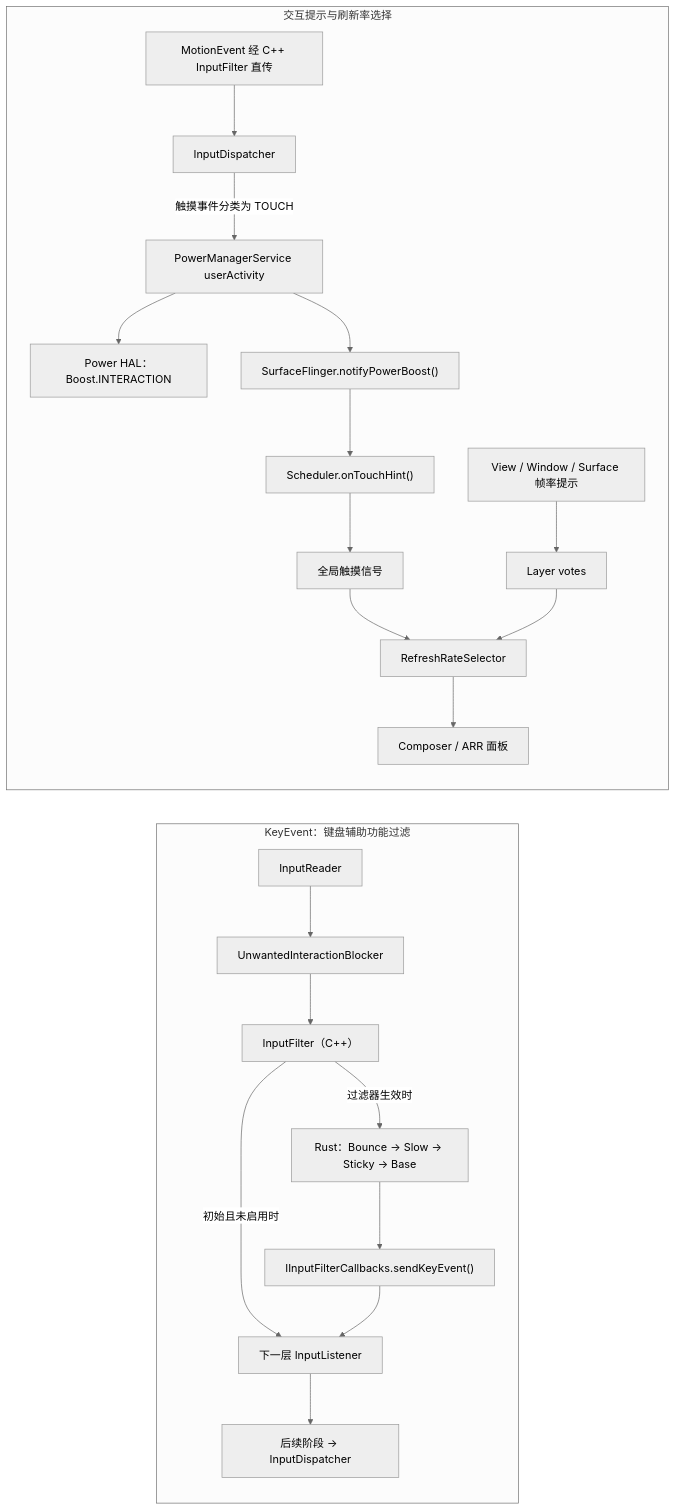
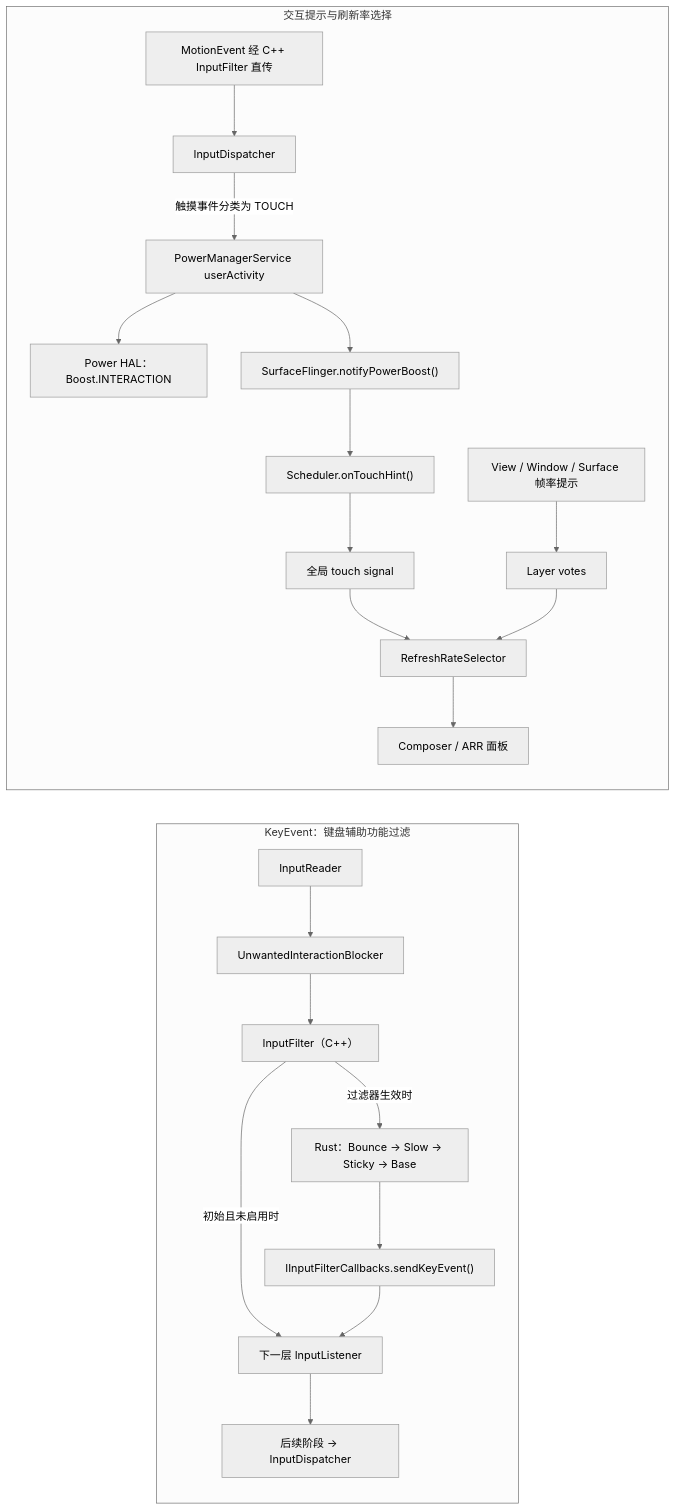
Before and after one commit to Gracker/android-internals-wiki: the diagram in src/part1-fundamentals/ch03-input/08-inputflinger-rust-arr.md, drawn with Mermaid (neutral theme). The commit also changed other lines of this file and 4 other files, not shown here.

````diff
--- a/src/part1-fundamentals/ch03-input/08-inputflinger-rust-arr.md
+++ b/src/part1-fundamentals/ch03-input/08-inputflinger-rust-arr.md
@@ -108,25 +108,25 @@
 ```mermaid
 flowchart LR
     subgraph KeyPath["KeyEvent：键盘辅助功能过滤"]
         KR["InputReader"] --> KB["UnwantedInteractionBlocker"]
         KB --> KF["InputFilter（C++）"]
         KF -->|过滤器生效时| RB["Rust：Bounce → Slow → Sticky → Base"]
         KF -->|初始且未启用时| KN["下一层 InputListener"]
         RB --> KC["IInputFilterCallbacks.sendKeyEvent()"]
         KC --> KN
         KN --> KD["后续阶段 → InputDispatcher"]
     end
 
     subgraph InteractionPath["交互提示与刷新率选择"]
         MR["MotionEvent 经 C++ InputFilter 直传"] --> ID["InputDispatcher"]
         ID -->|触摸事件分类为 TOUCH| PM["PowerManagerService userActivity"]
         PM --> PB["Power HAL：Boost.INTERACTION"]
         PM --> SF["SurfaceFlinger.notifyPowerBoost()"]
         SF --> SH["Scheduler.onTouchHint()"]
-        SH --> GS["全局触摸信号"]
+        SH --> GS["全局 touch signal"]
         VH["View / Window / Surface 帧率提示"] --> LV["Layer votes"]
         GS --> RR["RefreshRateSelector"]
         LV --> RR
         RR --> HW["Composer / ARR 面板"]
     end
 ```
````
